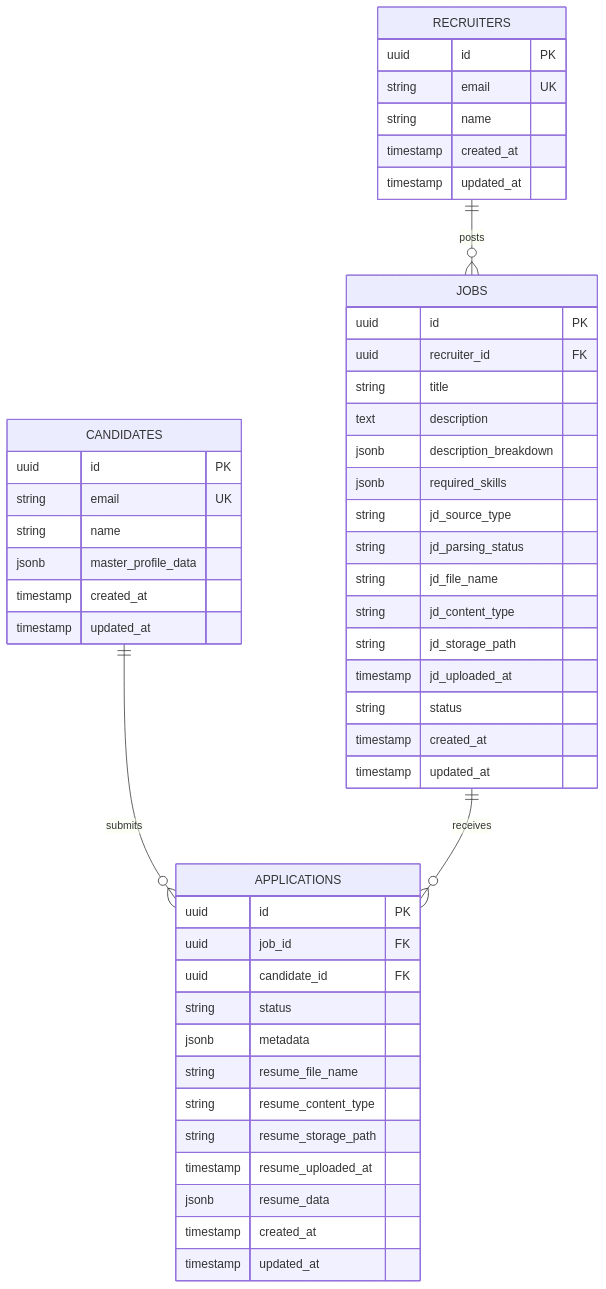
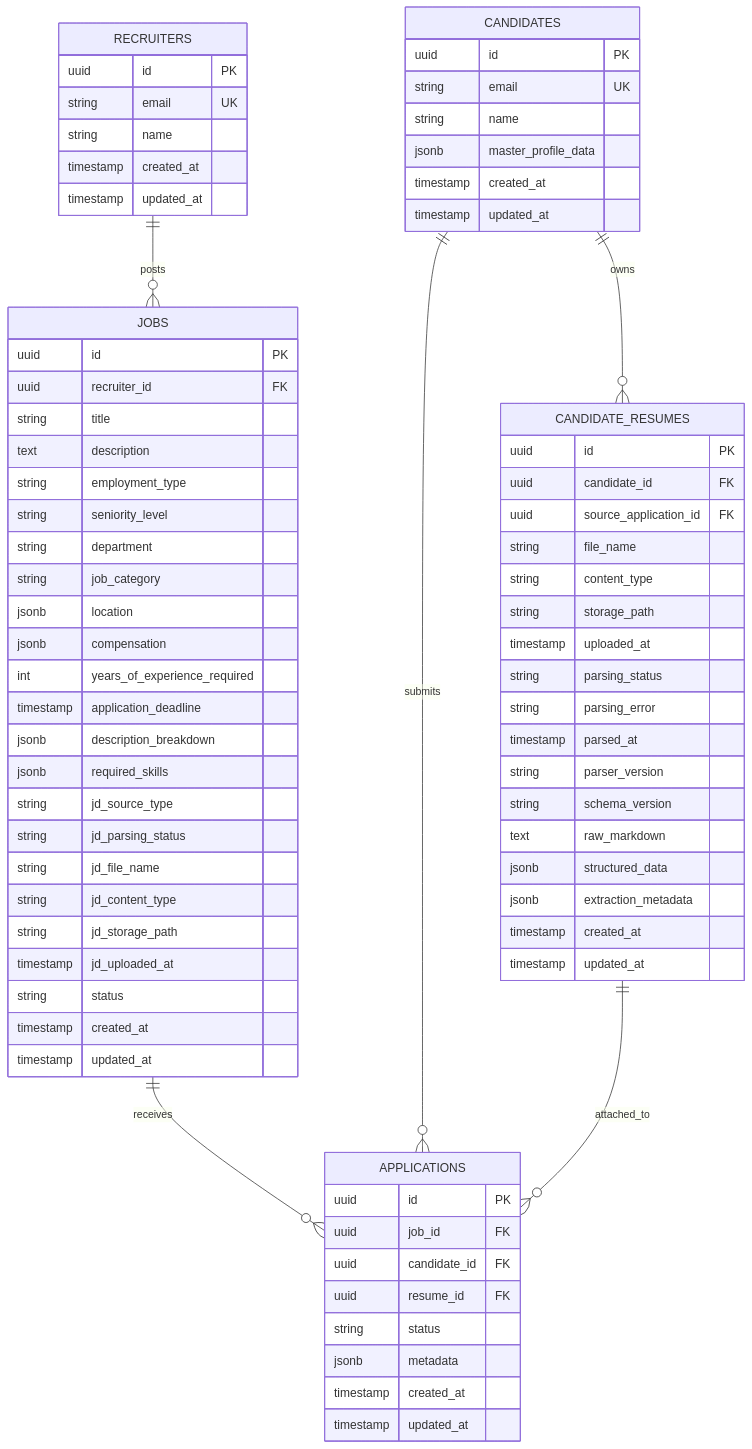
One commit to afnan-emumba/smart-hire changed the first of 2 diagrams in docs/DATABASE.md. Above: the diagram before and after it, drawn with Mermaid. The commit also changed other lines of this file and 43 other files, not shown here.

First line of the commit message:
Temporal job extraction & application processing (#7)

````diff
--- a/docs/DATABASE.md
+++ b/docs/DATABASE.md
@@ -9,56 +9,82 @@
 ```mermaid
 erDiagram
     RECRUITERS ||--o{ JOBS : posts
     CANDIDATES ||--o{ APPLICATIONS : submits
+  CANDIDATES ||--o{ CANDIDATE_RESUMES : owns
     JOBS ||--o{ APPLICATIONS : receives
+  CANDIDATE_RESUMES ||--o{ APPLICATIONS : attached_to
 
     RECRUITERS {
         uuid id PK
         string email UK
         string name
         timestamp created_at
         timestamp updated_at
     }
 
     CANDIDATES {
         uuid id PK
         string email UK
         string name
         jsonb master_profile_data
         timestamp created_at
         timestamp updated_at
     }
 
+    CANDIDATE_RESUMES {
+      uuid id PK
+      uuid candidate_id FK
+      uuid source_application_id FK
+      string file_name
+      string content_type
+      string storage_path
+      timestamp uploaded_at
+      string parsing_status
+      string parsing_error
+      timestamp parsed_at
+      string parser_version
+      string schema_version
+      text raw_markdown
+      jsonb structured_data
+      jsonb extraction_metadata
+      timestamp created_at
+      timestamp updated_at
+    }
+
     JOBS {
         uuid id PK
         uuid recruiter_id FK
         string title
         text description
+        string employment_type
+        string seniority_level
+        string department
+        string job_category
+        jsonb location
+        jsonb compensation
+        int years_of_experience_required
+        timestamp application_deadline
         jsonb description_breakdown
         jsonb required_skills
         string jd_source_type
         string jd_parsing_status
         string jd_file_name
         string jd_content_type
         string jd_storage_path
         timestamp jd_uploaded_at
         string status
         timestamp created_at
         timestamp updated_at
     }
 
     APPLICATIONS {
         uuid id PK
         uuid job_id FK
         uuid candidate_id FK
+      uuid resume_id FK
         string status
         jsonb metadata
-        string resume_file_name
-        string resume_content_type
-        string resume_storage_path
-        timestamp resume_uploaded_at
-        jsonb resume_data
         timestamp created_at
         timestamp updated_at
     }
 ```
````
